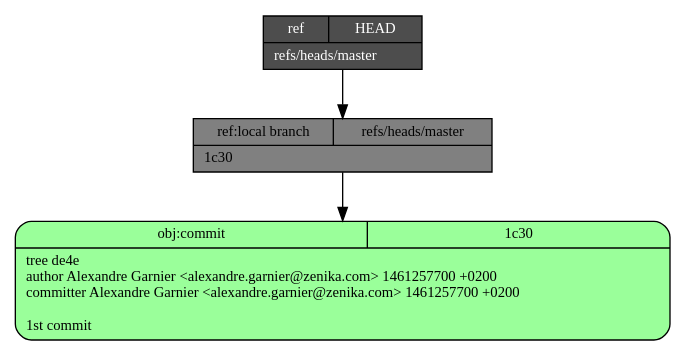
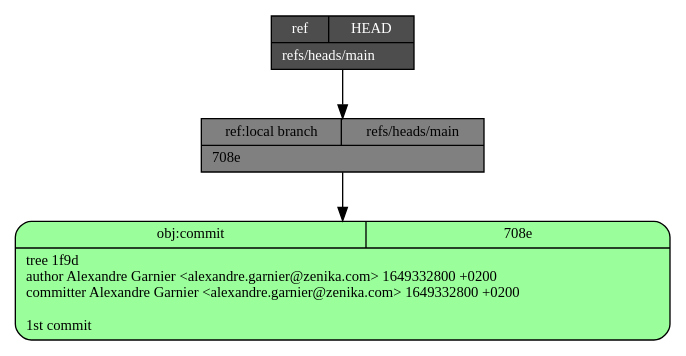
The diagram in commit.dot (zigarn/git-internals), drawn with Graphviz before and after one commit. The commit also changed 10 other files, not shown here.

```diff
--- a/commit.dot
+++ b/commit.dot
@@ -1,9 +1,9 @@
 digraph structs {
   node [shape=record,fontsize=11];
   rankdir="TB";
-  _1c30 [fillcolor="palegreen1", style="filled,rounded", label="{{obj:commit|1c30}|tree\ de4e\lauthor\ Alexandre\ Garnier\ \<alexandre\.garnier\@zenika\.com\>\ 1461257700\ \+0200\lcommitter\ Alexandre\ Garnier\ \<alexandre\.garnier\@zenika\.com\>\ 1461257700\ \+0200\l\l1st\ commit\l}"]
-  _refs___heads___master [style=filled, fillcolor=gray,  label="{{ref:local branch|refs\/heads\/master}|1c30\l}"]
-  _refs___heads___master -> _1c30
-  _HEAD [style=filled, fillcolor=gray30, fontcolor=white,  label="{{ref|HEAD}|refs\/heads\/master\l}"]
-  _HEAD -> _refs___heads___master
+  _708e [fillcolor="palegreen1", style="filled,rounded", label="{{obj:commit|708e}|tree\ 1f9d\lauthor\ Alexandre\ Garnier\ \<alexandre\.garnier\@zenika\.com\>\ 1649332800\ \+0200\lcommitter\ Alexandre\ Garnier\ \<alexandre\.garnier\@zenika\.com\>\ 1649332800\ \+0200\l\l1st\ commit\l}"]
+  _refs___heads___main [style=filled, fillcolor=gray,  label="{{ref:local branch|refs\/heads\/main}|708e\l}"]
+  _refs___heads___main -> _708e
+  _HEAD [style=filled, fillcolor=gray30, fontcolor=white,  label="{{ref|HEAD}|refs\/heads\/main\l}"]
+  _HEAD -> _refs___heads___main
 }
```
